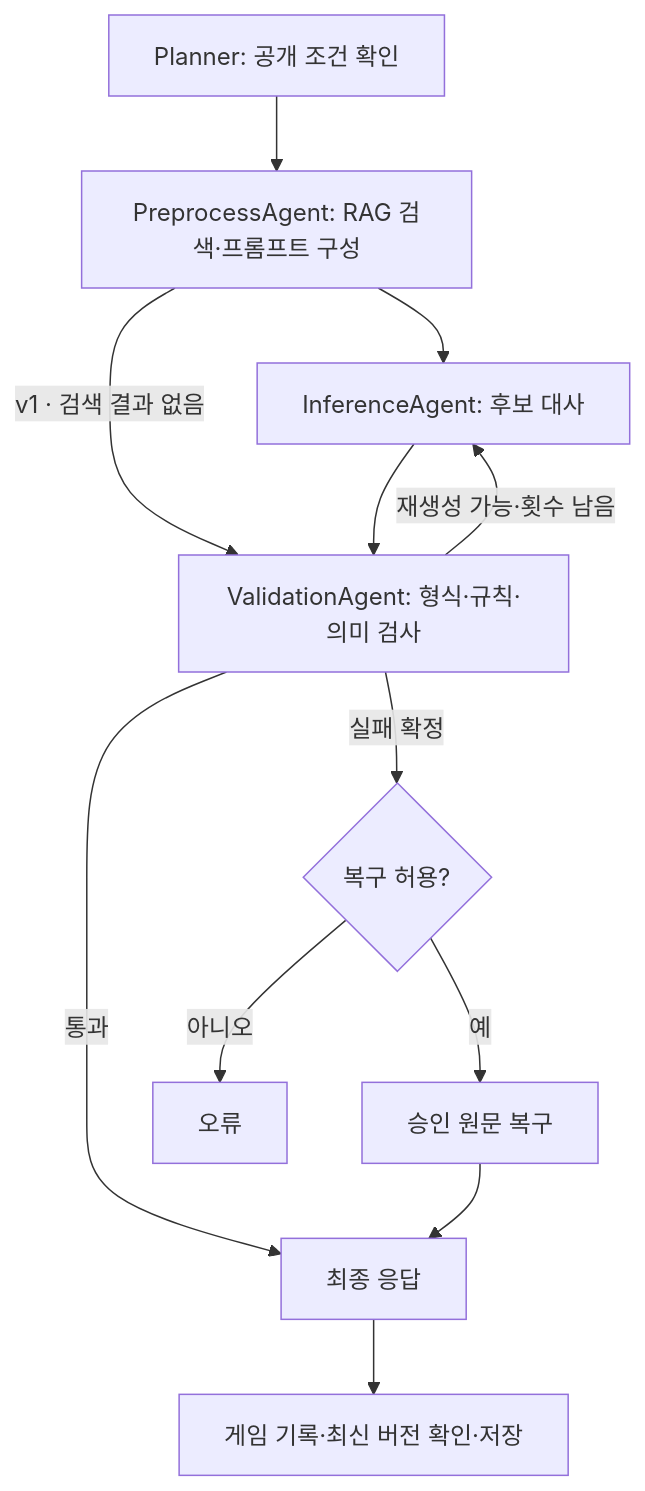
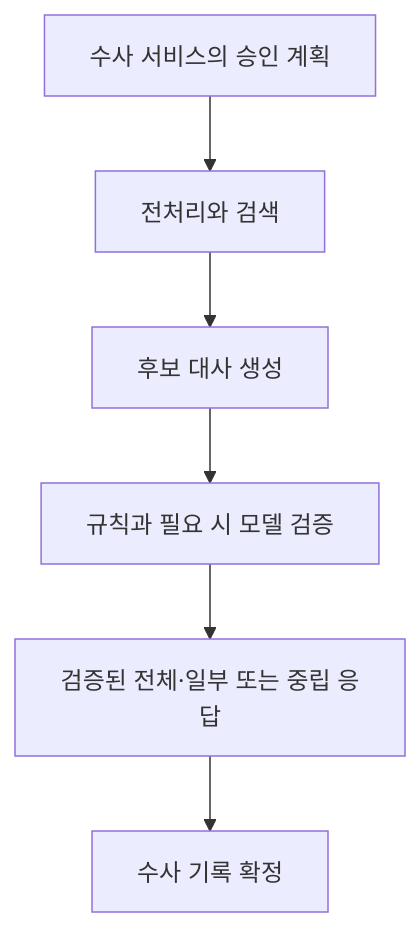
Before and after one commit to ClickClackDetectives/click_detective: the diagram in click_detective_FastAPI/docs/에이전트/README.md, drawn with Mermaid. The commit also changed other lines of this file and 452 other files, not shown here.

````diff
--- a/click_detective_FastAPI/docs/에이전트/README.md
+++ b/click_detective_FastAPI/docs/에이전트/README.md
@@ -24,14 +24,8 @@
 ```mermaid
 flowchart TD
-    A[Planner: 공개 조건 확인] --> B[PreprocessAgent: RAG 검색·프롬프트 구성]
-    B --> C[InferenceAgent: 후보 대사]
-    B -->|v1 · 검색 결과 없음| D
-    C --> D[ValidationAgent: 형식·규칙·의미 검사]
-    D -->|통과| E[최종 응답]
-    D -->|재생성 가능·횟수 남음| C
-    D -->|실패 확정| F{복구 허용?}
-    F -->|예| G[승인 원문 복구]
-    F -->|아니오| H[오류]
-    G --> E
-    E --> I[게임 기록·최신 버전 확인·저장]
+    A[수사 서비스의 승인 계획] --> B[전처리와 검색]
+    B --> C[후보 대사 생성]
+    C --> D[규칙과 필요 시 모델 검증]
+    D --> E[검증된 전체·일부 또는 중립 응답]
+    E --> F[수사 기록 확정]
 ```
````
